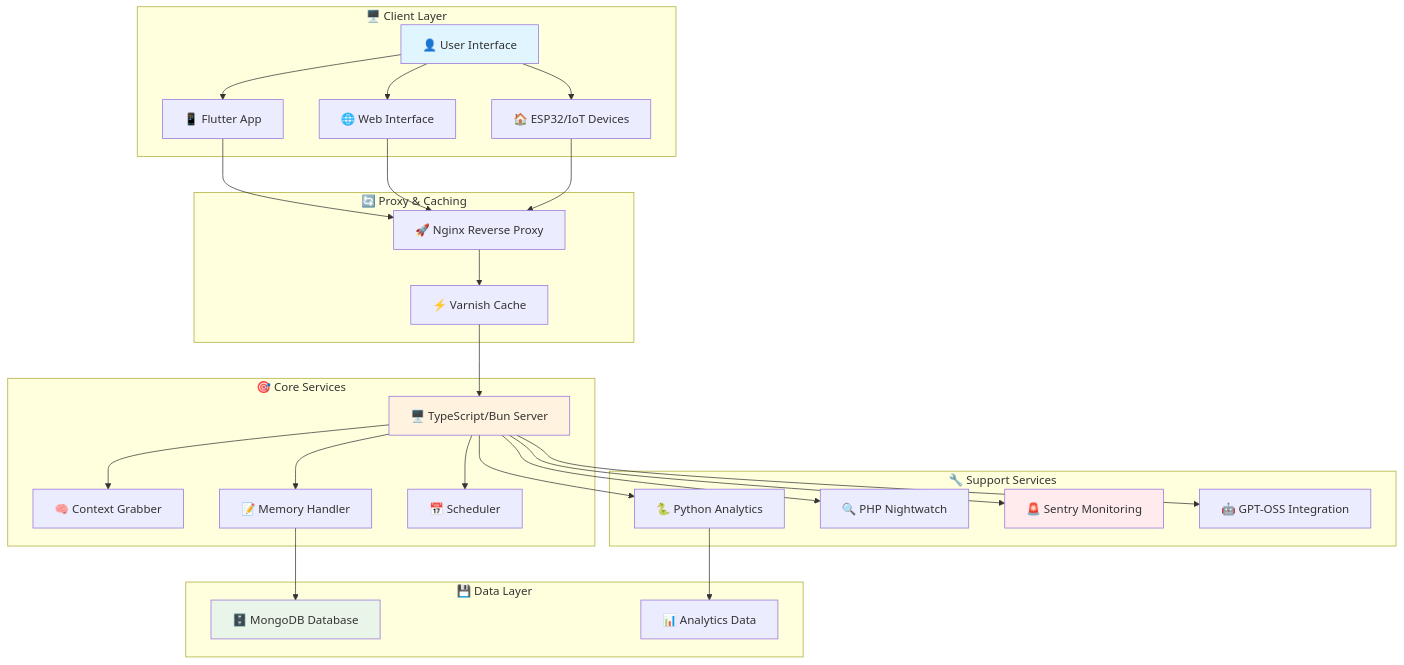
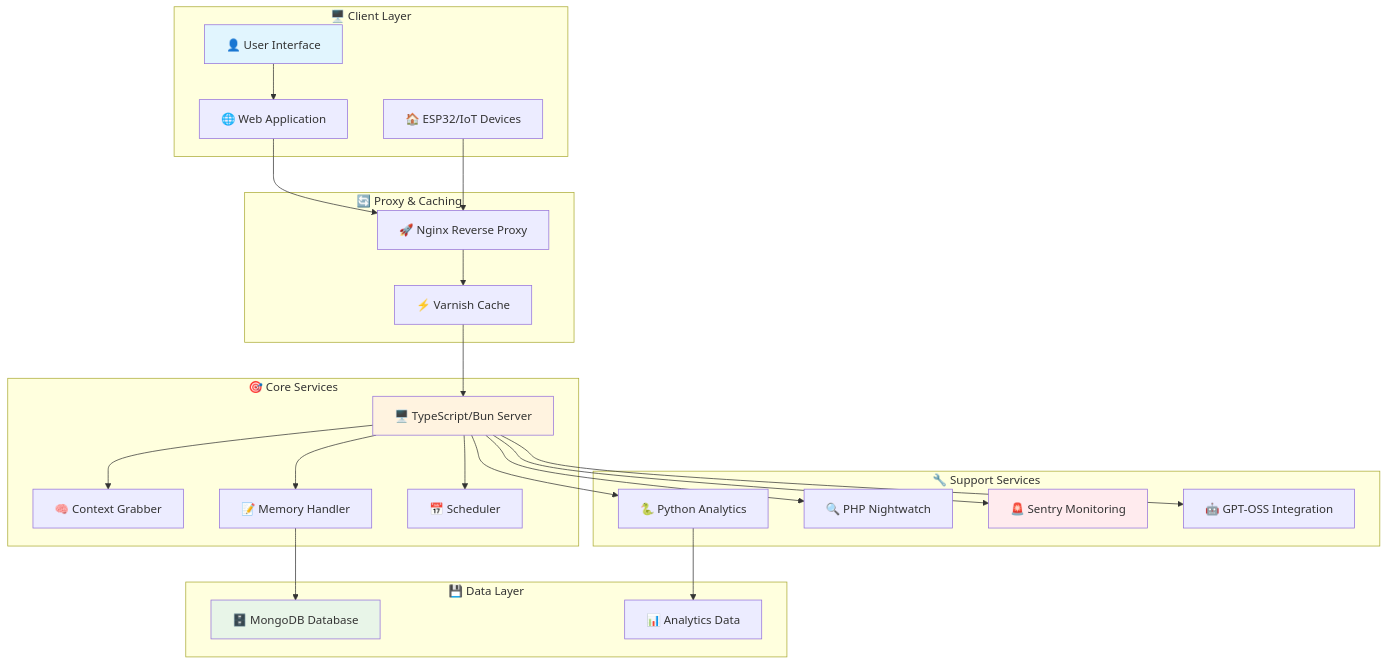
One commit to TheusHen/roommate changed the first of 2 diagrams in README.md. Above: the diagram before and after it, drawn with Mermaid. The commit also changed other lines of this file and 15 other files, not shown here.

Commit message:
Complete Flutter to web migration: Create app discontinuation notice, update documentation, implement web tests, and update CI workflow

````diff
--- a/README.md
+++ b/README.md
@@ -25,56 +25,52 @@
 ```mermaid
 graph TB
     subgraph "🖥️ Client Layer"
         A[👤 User Interface]
-        B[📱 Flutter App]
-        C[🌐 Web Interface]
-        D[🏠 ESP32/IoT Devices]
+        B[🌐 Web Application]
+        C[🏠 ESP32/IoT Devices]
     end
     
     subgraph "🔄 Proxy & Caching"
-        E[🚀 Nginx Reverse Proxy]
-        F[⚡ Varnish Cache]
+        D[🚀 Nginx Reverse Proxy]
+        E[⚡ Varnish Cache]
     end
     
     subgraph "🎯 Core Services"
-        G[🖥️ TypeScript/Bun Server]
-        H[🧠 Context Grabber]
-        I[📝 Memory Handler]
-        J[📅 Scheduler]
+        F[🖥️ TypeScript/Bun Server]
+        G[🧠 Context Grabber]
+        H[📝 Memory Handler]
+        I[📅 Scheduler]
     end
     
     subgraph "💾 Data Layer"
-        K[🗄️ MongoDB Database]
-        L[📊 Analytics Data]
+        J[🗄️ MongoDB Database]
+        K[📊 Analytics Data]
     end
     
     subgraph "🔧 Support Services"
-        M[🐍 Python Analytics]
-        N[🔍 PHP Nightwatch]
-        O[🚨 Sentry Monitoring]
-        P[🤖 GPT-OSS Integration]
+        L[🐍 Python Analytics]
+        M[🔍 PHP Nightwatch]
+        N[🚨 Sentry Monitoring]
+        O[🤖 GPT-OSS Integration]
     end
     
     A --> B
-    A --> C
-    A --> D
-    B --> E
-    C --> E
+    B --> D
+    C --> D
     D --> E
     E --> F
     F --> G
-    G --> H
-    G --> I
-    G --> J
-    I --> K
-    G --> M
-    G --> N
-    G --> O
-    G --> P
-    M --> L
+    F --> H
+    F --> I
+    H --> J
+    F --> L
+    F --> M
+    F --> N
+    F --> O
+    L --> K
     
     style A fill:#e1f5fe
-    style G fill:#fff3e0
-    style K fill:#e8f5e8
-    style O fill:#ffebee
+    style F fill:#fff3e0
+    style J fill:#e8f5e8
+    style N fill:#ffebee
 ```
````
